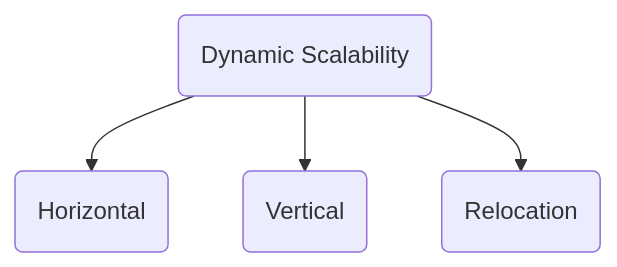
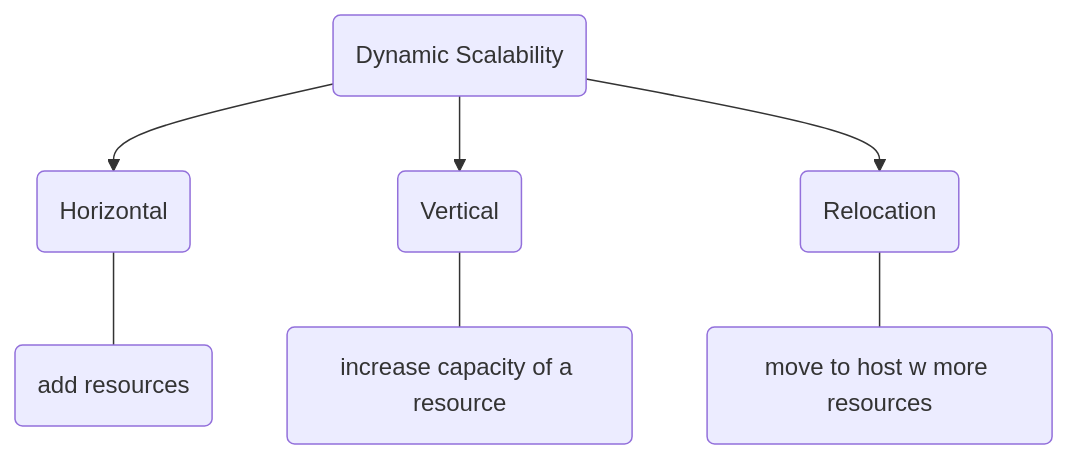
One commit to corvusdeinanis/cuddly-train changed the diagram in content/Dynamic Scalability.md. Above: the diagram before and after it, drawn with Mermaid. The commit also changed other lines of this file and 20 other files, not shown here.

````diff
--- a/content/Dynamic Scalability.md
+++ b/content/Dynamic Scalability.md
@@ -21,7 +22,10 @@
 ```mermaid
 flowchart
 A --> B(Horizontal)
-A --> C(Vertical)
-A --> D(Relocation)
+A --> C(Vertical) 
+A --> D(Relocation) 
 A(Dynamic Scalability)
+B---Z(add resources)
+C---Y(increase capacity of a resource)
+D---X(move to host w more resources)
 ```
````
